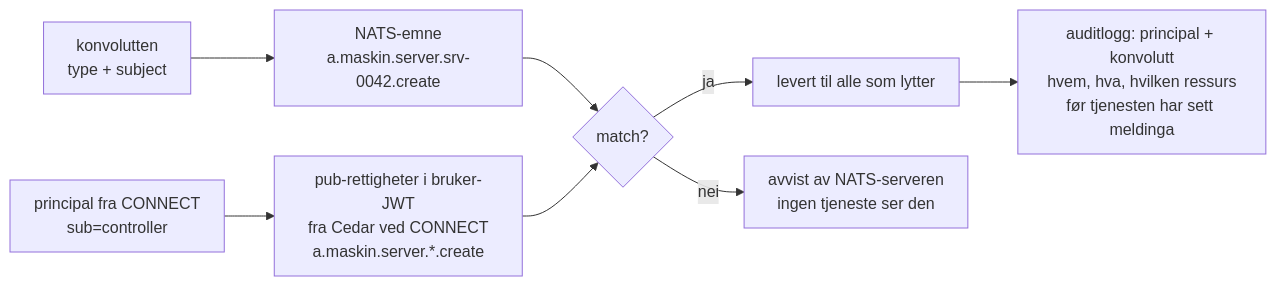
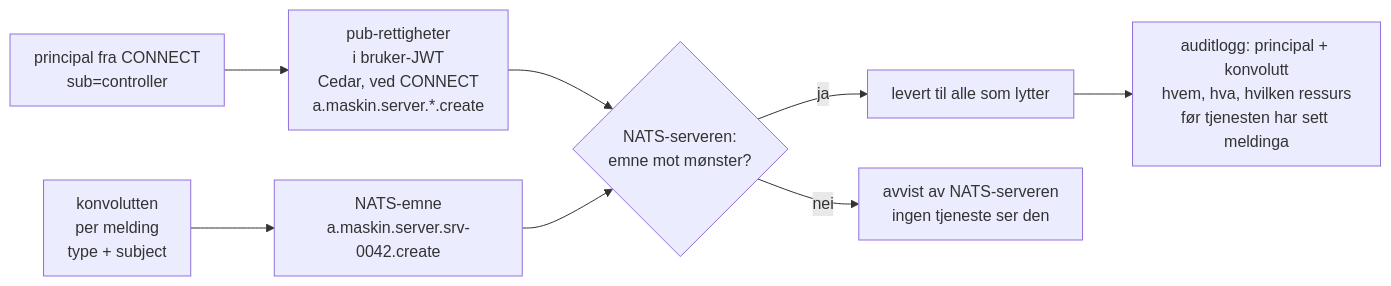
The fifth of 10 diagrams in docs/arrangement/2026-10-14-containerkonferansen/foredrag.md (dataverket-org/org), drawn with Mermaid before and after one commit. The commit also changed other lines of this file and 3 other files, not shown here.

Commit message:
docs/arrangement/containerkonferansen: Cedar ved CONNECT og NATS per melding på konvoluttslidet, ett cluster i token-slidet, «jobbe på vegne av»

````diff
--- a/docs/arrangement/2026-10-14-containerkonferansen/foredrag.md
+++ b/docs/arrangement/2026-10-14-containerkonferansen/foredrag.md
@@ -348,14 +346,14 @@
 ```mermaid
 %%{init: {"handDrawnSeed": 1, "fontFamily": "Helvetica, Arial, sans-serif", "flowchart": {"htmlLabels": true, "padding": 12}}}%%
 flowchart LR
-  K["konvolutten<br/>type + subject"]
+  P["principal fra CONNECT<br/>sub=controller"]
+  J["pub-rettigheter<br/>i bruker-JWT<br/>Cedar, ved CONNECT<br/>a.maskin.server.*.create"]
+  K["konvolutten<br/>per melding<br/>type + subject"]
   SUBJ["NATS-emne<br/>a.maskin.server.srv-0042.create"]
-  P["principal fra CONNECT<br/>sub=controller"]
-  J["pub-rettigheter i bruker-JWT<br/>fra Cedar ved CONNECT<br/>a.maskin.server.*.create"]
-  R{"match?"}
+  R{"NATS-serveren:<br/>emne mot mønster?"}
+  P --> J --> R
   K --> SUBJ --> R
-  P --> J --> R
   R -- ja --> OK["levert til alle som lytter"]
   R -- nei --> NO["avvist av NATS-serveren<br/>ingen tjeneste ser den"]
   OK --> LOG["auditlogg: principal + konvolutt<br/>hvem, hva, hvilken ressurs<br/>før tjenesten har sett meldinga"]
 ```
````
